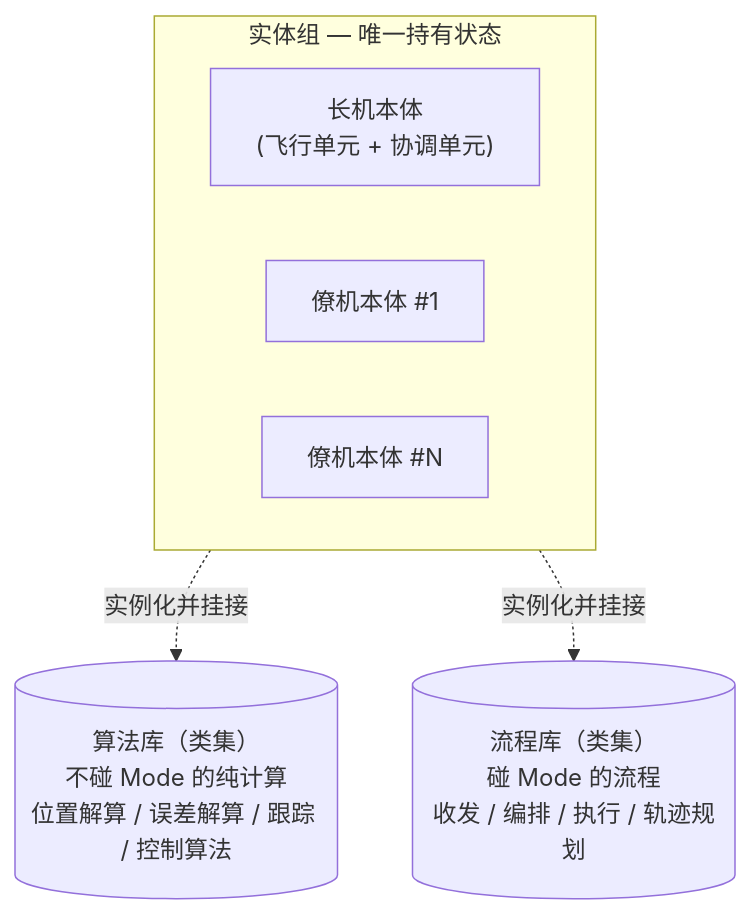
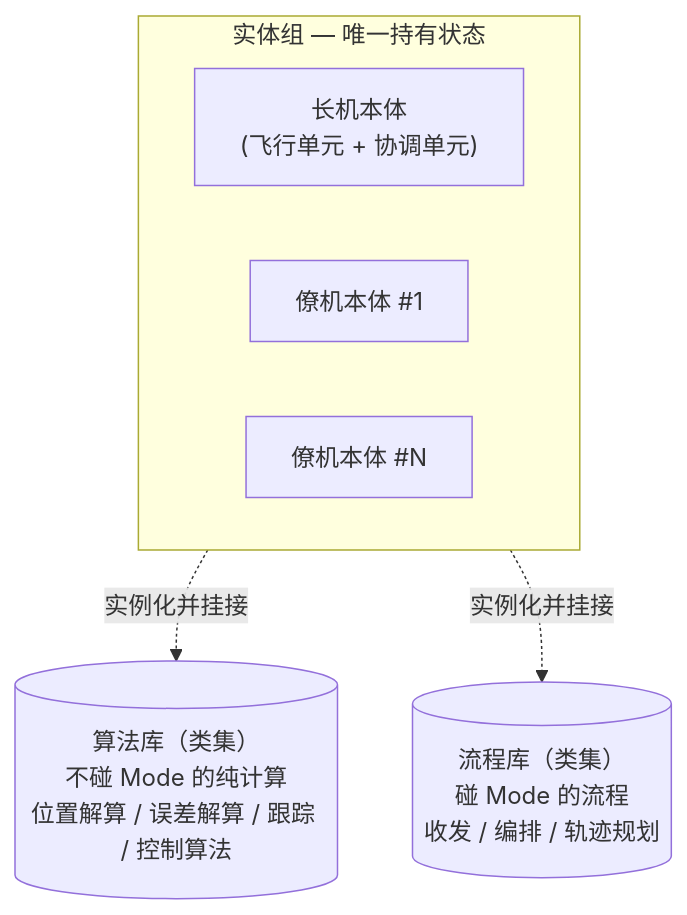
The first of 2 diagrams in docs/3-编队算法设计文档/0-HLD.md (tanqingkuang/-), drawn with Mermaid before and after one commit. The commit also changed other lines of this file and 5 other files, not shown here.

````diff
--- a/docs/3-编队算法设计文档/0-HLD.md
+++ b/docs/3-编队算法设计文档/0-HLD.md
@@ -17,13 +17,13 @@
 ```mermaid
 flowchart TB
     subgraph ENT["实体组 — 唯一持有状态"]
       direction LR
       LE["长机本体<br/>(飞行单元 + 协调单元)"]
       W1["僚机本体 #1"]
       Wn["僚机本体 #N"]
     end
     ENT -. 实例化并挂接 .-> ALGO
     ENT -. 实例化并挂接 .-> FLOW
     ALGO[("算法库（类集）<br/>不碰 Mode 的纯计算<br/>位置解算 / 误差解算 / 跟踪 / 控制算法")]
-    FLOW[("流程库（类集）<br/>碰 Mode 的流程<br/>收发 / 编排 / 执行 / 轨迹规划")]
+    FLOW[("流程库（类集）<br/>碰 Mode 的流程<br/>收发 / 编排 / 轨迹规划")]
 ```
````
